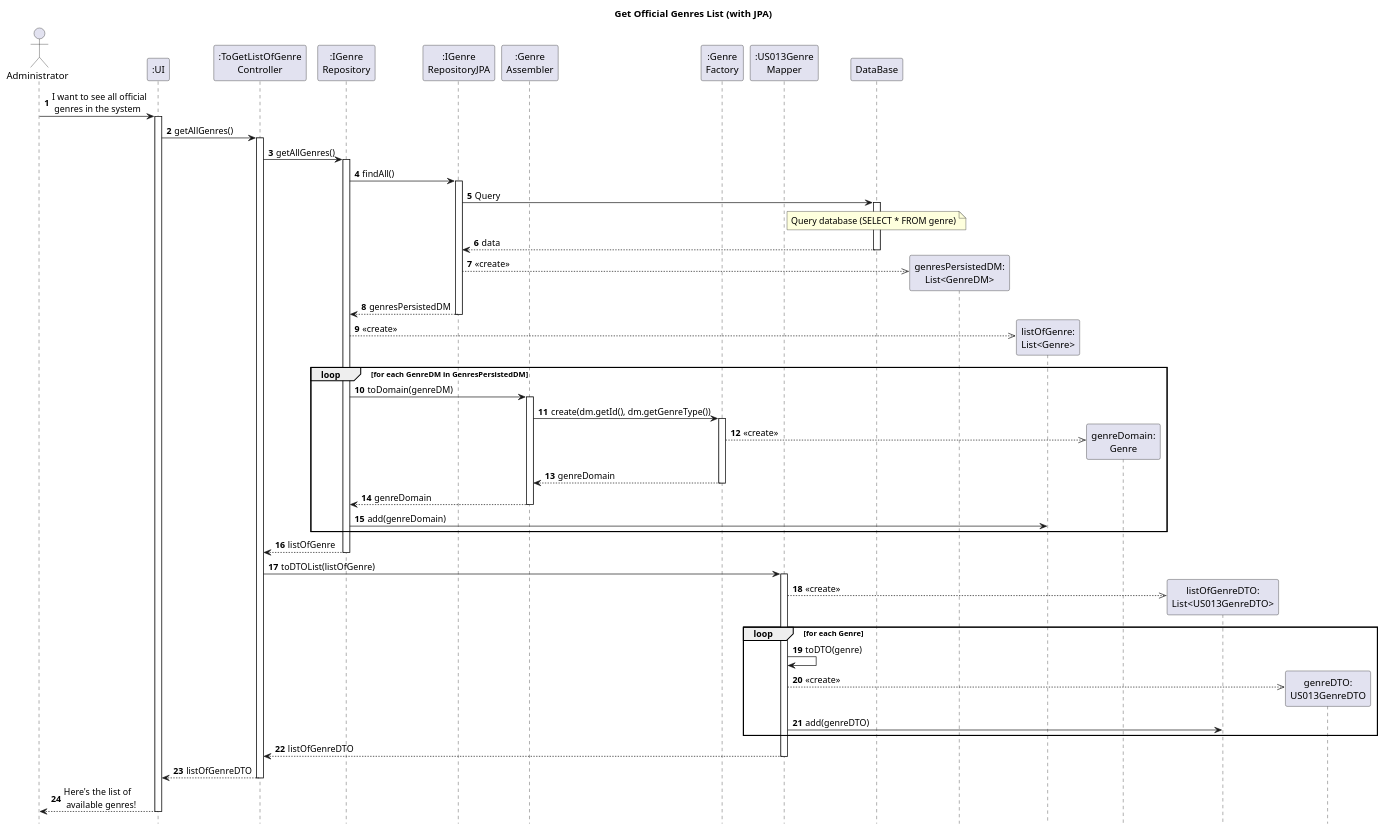
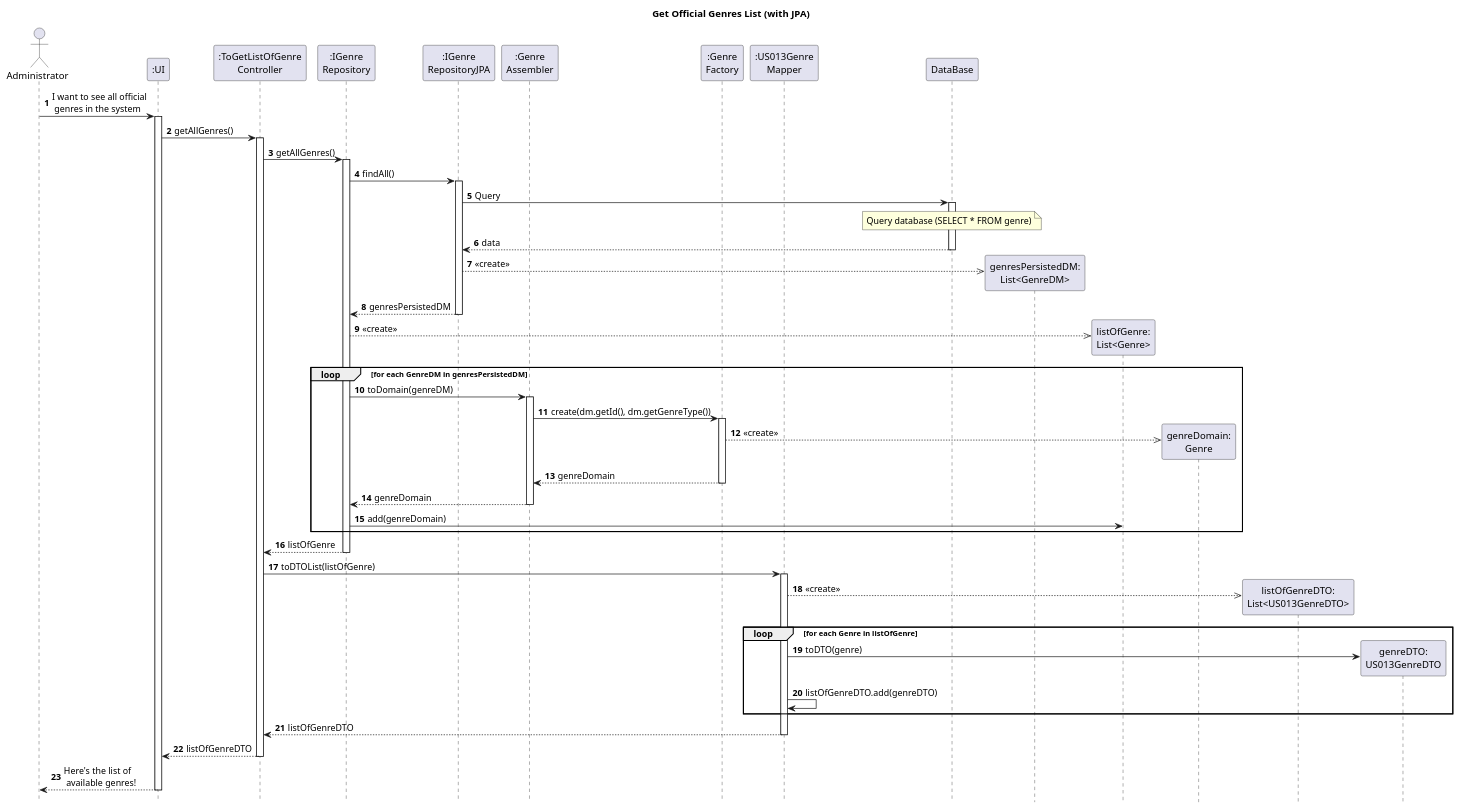
One commit to AndrePereiraGitH/SWitCH-Project-Team_A changed the diagram in Diagrams/SequenceDiagrams/N2/To-get-official-genres-list.puml. Above: the diagram before and after it, drawn with PlantUML.

Commit message:
Docs(#692): fix DTO creation flow in sequence diagram

```diff
--- a/Diagrams/SequenceDiagrams/N2/To-get-official-genres-list.puml
+++ b/Diagrams/SequenceDiagrams/N2/To-get-official-genres-list.puml
@@ -1,92 +1,92 @@
 @startuml
 autonumber
 hide footbox
 title Get Official Genres List (with JPA)
 
 actor Administrator as User
 
 participant ":UI" as UI
 participant ":ToGetListOfGenre\nController" as C
 participant ":IGenre\nRepository" as GR
 participant ":IGenre\nRepositoryJPA" as GRJPA
 participant ":Genre\nAssembler" as Assembler
 participant ":Genre\nFactory" as Factory
 participant ":US013Genre\nMapper" as MAPPER
 participant "DataBase" as EM
 
 User -> UI : I want to see all official\n genres in the system
 activate UI
 
 UI -> C : getAllGenres()
 activate C
 
 C -> GR : getAllGenres()
 activate GR
 
 GR -> GRJPA : findAll()
 activate GRJPA
 
 GRJPA -> EM : Query
 activate EM
 
 note over EM
 Query database (SELECT * FROM genre)
 end note
 
 EM --> GRJPA : data
 deactivate EM
 
 create "genresPersistedDM:\nList<GenreDM>" as genresPersisted
 GRJPA -->> genresPersisted : <<create>>
 
 GRJPA --> GR : genresPersistedDM
 deactivate GRJPA
 
 create "listOfGenre:\nList<Genre>" as listDomain
 GR -->> listDomain : <<create>>
 
-loop for each GenreDM in GenresPersistedDM
+loop for each GenreDM in genresPersistedDM
     GR -> Assembler : toDomain(genreDM)
     activate Assembler
 
     Assembler -> Factory : create(dm.getId(), dm.getGenreType())
     activate Factory
 
     create "genreDomain:\nGenre" as genreDomain
     Factory -->> genreDomain : <<create>>
 
     Factory --> Assembler : genreDomain
     deactivate Factory
 
     Assembler --> GR : genreDomain
     deactivate Assembler
 
     GR -> listDomain : add(genreDomain)
 end
 
 GR --> C : listOfGenre
 deactivate GR
 
 C -> MAPPER : toDTOList(listOfGenre)
 activate MAPPER
 
 create "listOfGenreDTO:\nList<US013GenreDTO>" as listDTO
 MAPPER -->> listDTO : <<create>>
 
-loop for each Genre
-    MAPPER -> MAPPER : toDTO(genre)
+loop for each Genre in listOfGenre
     create "genreDTO:\nUS013GenreDTO" as genreDTO
-    MAPPER -->> genreDTO : <<create>>
-    MAPPER -> listDTO : add(genreDTO)
+    MAPPER -> genreDTO : toDTO(genre)
+
+    MAPPER -> MAPPER : listOfGenreDTO.add(genreDTO)
 end
 
 MAPPER --> C : listOfGenreDTO
 deactivate MAPPER
 
 C --> UI : listOfGenreDTO
 deactivate C
 
 UI --> User : Here's the list of\n available genres!
 deactivate UI
 
 @enduml
```
